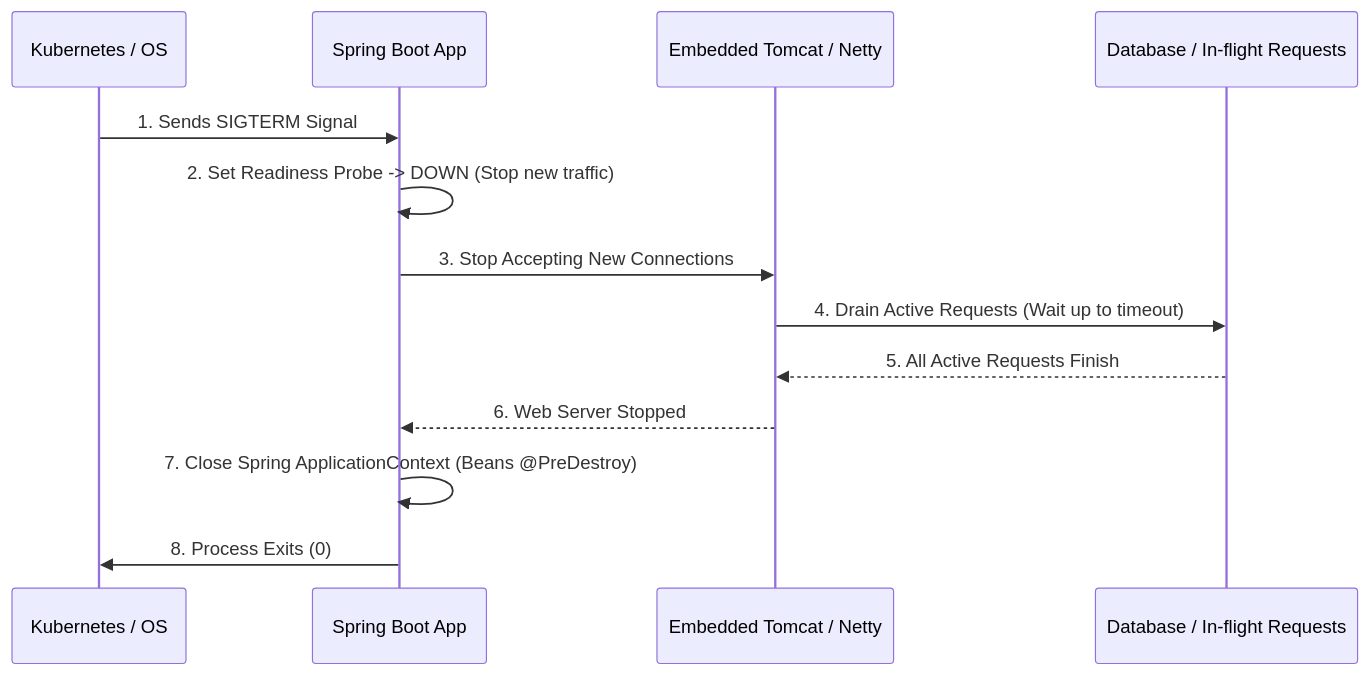
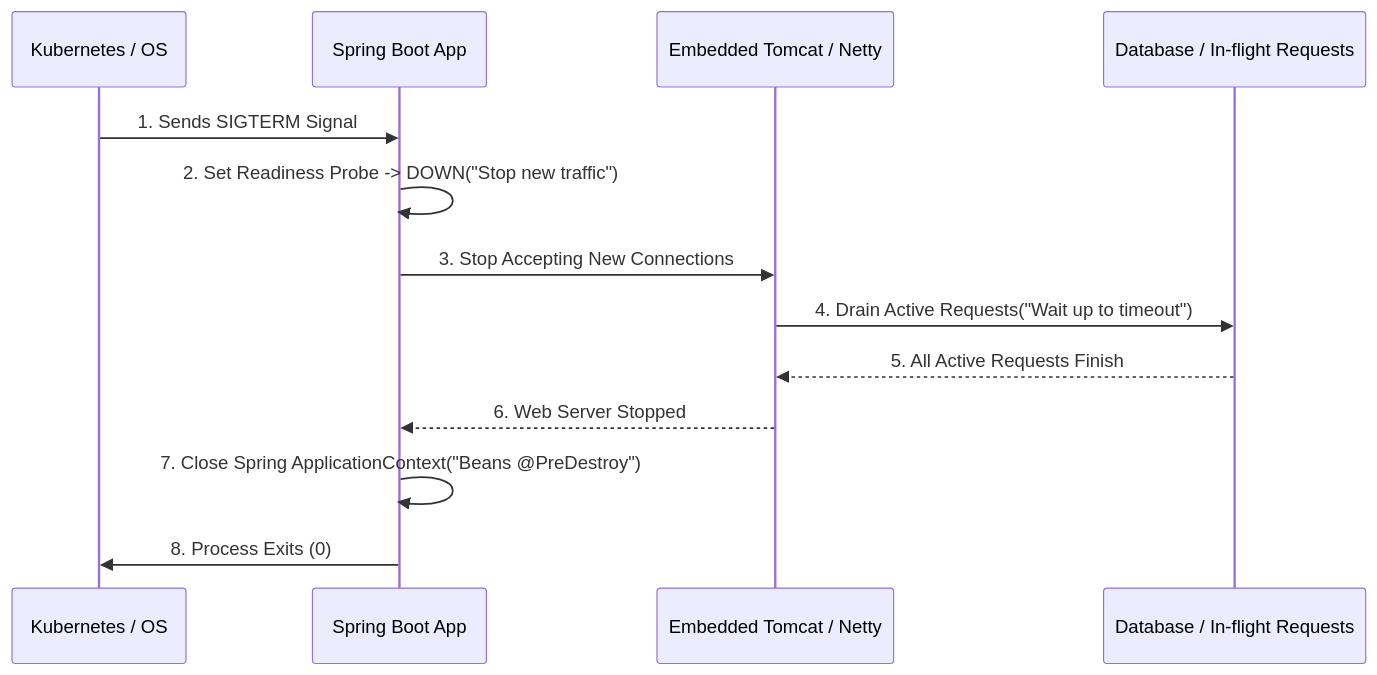
One commit to pploc/swe-icon-the-moment changed the diagram in content/questions/language/java/spring-boot-graceful-shutdown.md. Above: the diagram before and after it, drawn with Mermaid. The commit also changed 167 other files, not shown here.

````diff
--- a/content/questions/language/java/spring-boot-graceful-shutdown.md
+++ b/content/questions/language/java/spring-boot-graceful-shutdown.md
@@ -24,16 +24,17 @@
 ```mermaid
 sequenceDiagram
     participant K8s as Kubernetes / OS
     participant App as Spring Boot App
     participant Server as Embedded Tomcat / Netty
     participant DB as Database / In-flight Requests
     
     K8s->>App: 1. Sends SIGTERM Signal
-    App->>App: 2. Set Readiness Probe -> DOWN (Stop new traffic)
+    App->>App: 2. Set Readiness Probe -> DOWN("Stop new traffic")
     App->>Server: 3. Stop Accepting New Connections
-    Server->>DB: 4. Drain Active Requests (Wait up to timeout)
+    Server->>DB: 4. Drain Active Requests("Wait up to timeout")
     DB-->>Server: 5. All Active Requests Finish
     Server-->>App: 6. Web Server Stopped
-    App->>App: 7. Close Spring ApplicationContext (Beans @PreDestroy)
+    App->>App: 7. Close Spring ApplicationContext("Beans @PreDestroy")
     App->>K8s: 8. Process Exits (0)
+
 ```
````
